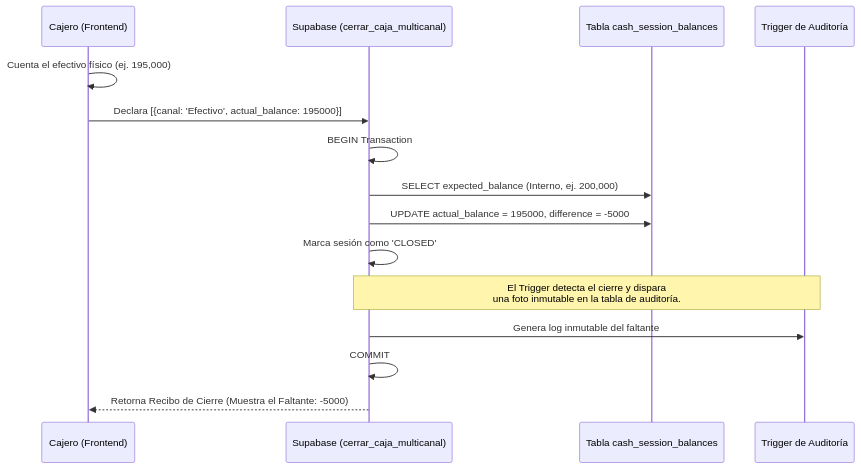
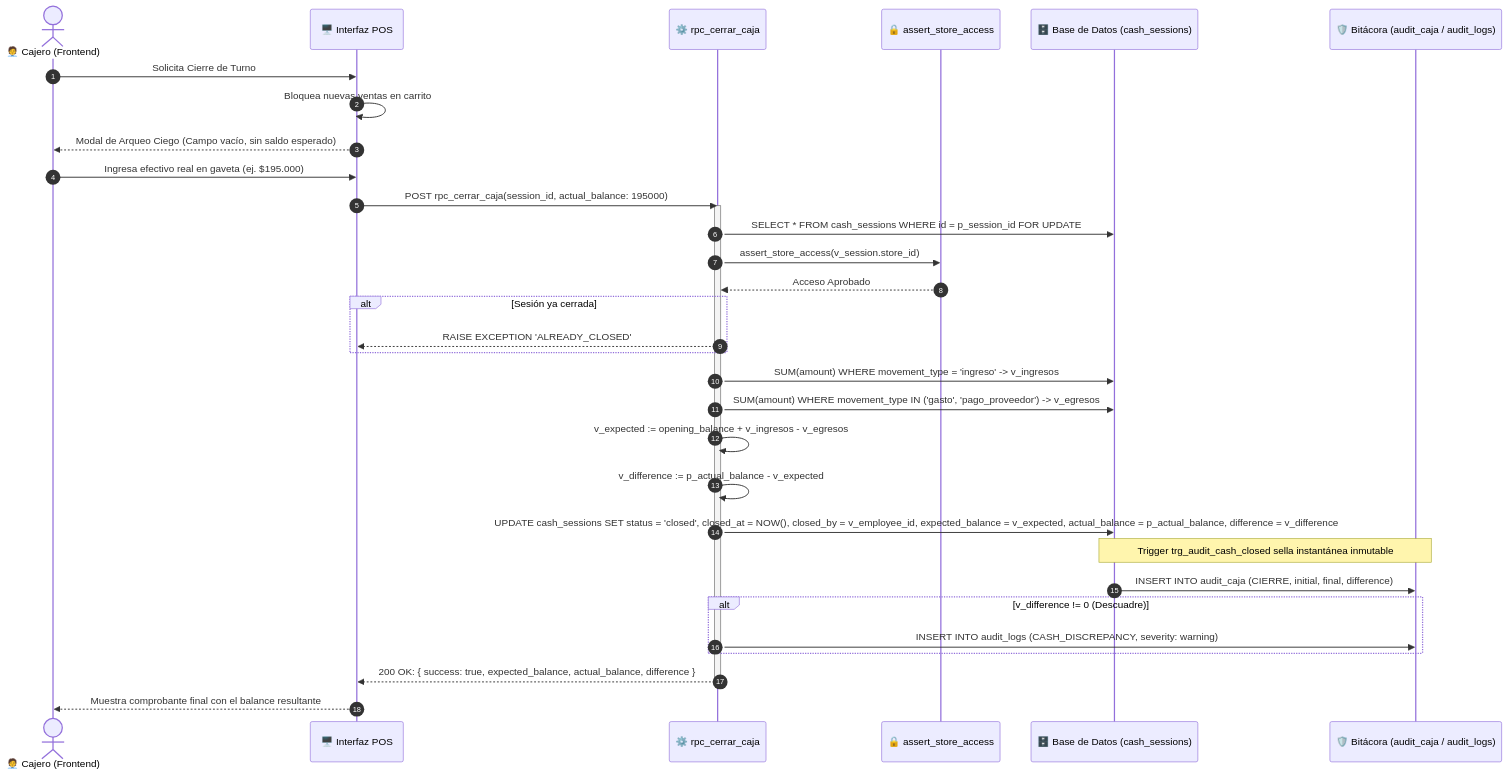
Before and after one commit to YamirJCF/tienda-barrio-pro: the first of 3 diagrams in documentation/01_requirements/SDD/SDD_027_01_REPORTES_CAJA.md, drawn with Mermaid. The commit also changed other lines of this file, not shown here.

Commit message:
docs(sdd): rectificar y sanitizar SDD-027-01 bajo protocolo PAC-SDD estricto con certificacion QA

````diff
--- a/documentation/01_requirements/SDD/SDD_027_01_REPORTES_CAJA.md
+++ b/documentation/01_requirements/SDD/SDD_027_01_REPORTES_CAJA.md
@@ -58,23 +89,44 @@
 ```mermaid
 sequenceDiagram
-    participant UI as Cajero (Frontend)
-    participant API as Supabase (cerrar_caja_multicanal)
-    participant B as Tabla cash_session_balances
-    participant Audit as Trigger de Auditoría
+    autonumber
+    actor Cajero as 🧑‍💼 Cajero (Frontend)
+    participant POS as 🖥️ Interfaz POS
+    participant RPC as ⚙️ rpc_cerrar_caja
+    participant SEC as 🔒 assert_store_access
+    participant DB as 🗄️ Base de Datos (cash_sessions)
+    participant AUD as 🛡️ Bitácora (audit_caja / audit_logs)
 
-    UI->>UI: Cuenta el efectivo físico (ej. 195,000)
-    UI->>API: Declara [{canal: 'Efectivo', actual_balance: 195000}]
-    API->>API: BEGIN Transaction
+    Cajero->>POS: Solicita Cierre de Turno
+    POS->>POS: Bloquea nuevas ventas en carrito
+    POS-->>Cajero: Modal de Arqueo Ciego (Campo vacío, sin saldo esperado)
+    Cajero->>POS: Ingresa efectivo real en gaveta (ej. $195.000)
+    POS->>RPC: POST rpc_cerrar_caja(session_id, actual_balance: 195000)
     
-    API->>B: SELECT expected_balance (Interno, ej. 200,000)
-    API->>B: UPDATE actual_balance = 195000, difference = -5000
+    activate RPC
+    RPC->>DB: SELECT * FROM cash_sessions WHERE id = p_session_id FOR UPDATE
+    RPC->>SEC: assert_store_access(v_session.store_id)
+    SEC-->>RPC: Acceso Aprobado
     
-    API->>API: Marca sesión como 'CLOSED'
+    alt Sesión ya cerrada
+        RPC-->>POS: RAISE EXCEPTION 'ALREADY_CLOSED'
+    end
     
-    Note over API,Audit: El Trigger detecta el cierre y dispara<br/>una foto inmutable en la tabla de auditoría.
+    RPC->>DB: SUM(amount) WHERE movement_type = 'ingreso' -> v_ingresos
+    RPC->>DB: SUM(amount) WHERE movement_type IN ('gasto', 'pago_proveedor') -> v_egresos
+    RPC->>RPC: v_expected := opening_balance + v_ingresos - v_egresos
+    RPC->>RPC: v_difference := p_actual_balance - v_expected
     
-    API->>Audit: Genera log inmutable del faltante
-    API->>API: COMMIT
+    RPC->>DB: UPDATE cash_sessions SET status = 'closed', closed_at = NOW(), closed_by = v_employee_id, expected_balance = v_expected, actual_balance = p_actual_balance, difference = v_difference
     
-    API-->>UI: Retorna Recibo de Cierre (Muestra el Faltante: -5000)
+    Note over DB,AUD: Trigger trg_audit_cash_closed sella instantánea inmutable
+    DB->>AUD: INSERT INTO audit_caja (CIERRE, initial, final, difference)
+    
+    alt v_difference != 0 (Descuadre)
+        RPC->>AUD: INSERT INTO audit_logs (CASH_DISCREPANCY, severity: warning)
+    end
+    
+    RPC-->>POS: 200 OK: { success: true, expected_balance, actual_balance, difference }
+    deactivate RPC
+    
+    POS-->>Cajero: Muestra comprobante final con el balance resultante
 ```
````
